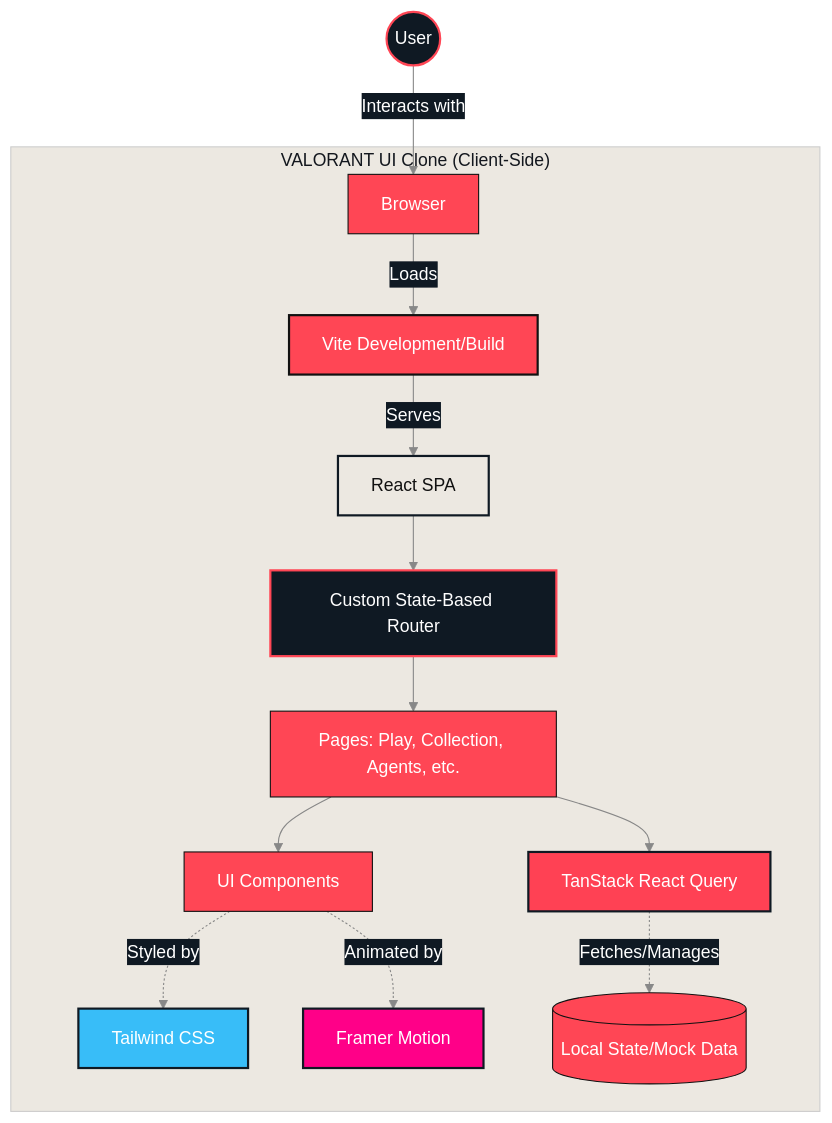
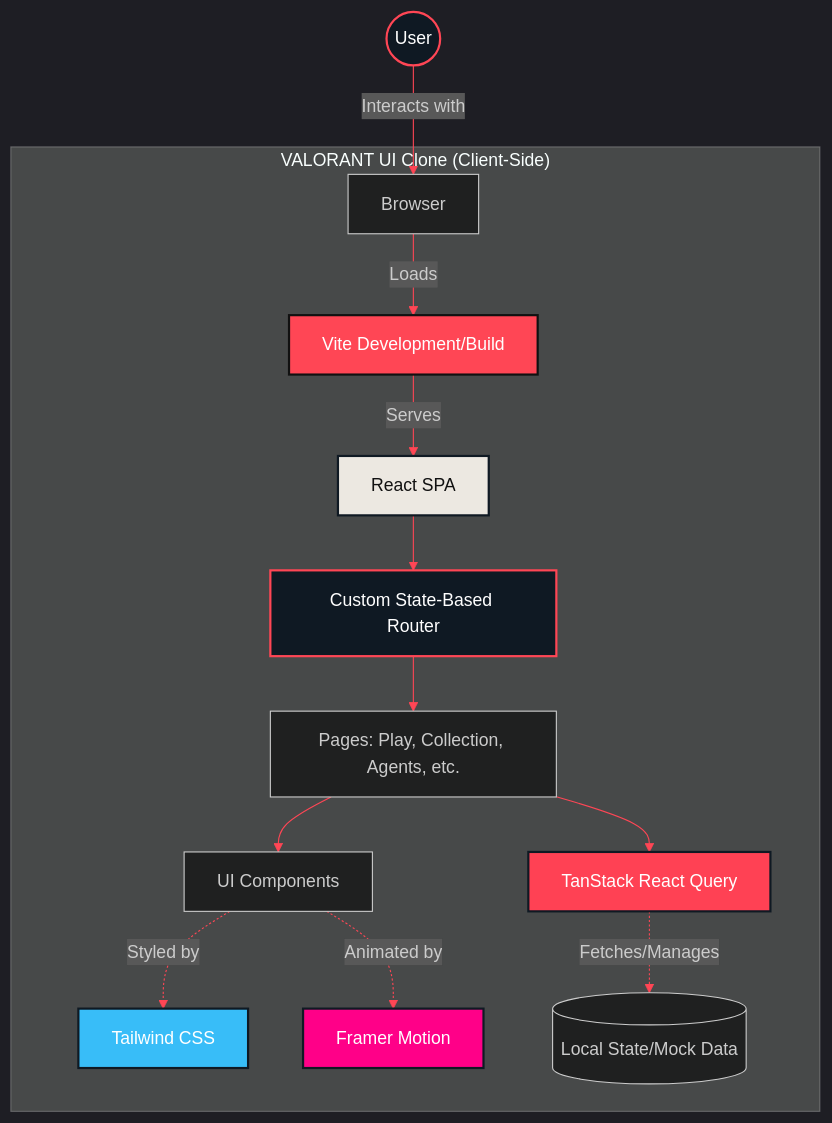
The first of 4 diagrams in README.md (Mr-Nobody003/VALORANT), drawn with Mermaid before and after one commit. The commit also changed other lines of this file, not shown here.

````diff
--- a/README.md
+++ b/README.md
@@ -88,23 +88,23 @@
 ```mermaid
-%%{init: {'theme': 'base', 'themeVariables': { 'primaryColor': '#ff4655', 'primaryTextColor': '#fff', 'primaryBorderColor': '#111', 'lineColor': '#888', 'secondaryColor': '#0f1923', 'tertiaryColor': '#ece8e1'}}}%%
+%%{init: {'theme': 'dark', 'themeVariables': { 'primaryColor': '#ff4655', 'primaryTextColor': '#fff', 'primaryBorderColor': '#111', 'lineColor': '#ff4655', 'secondaryColor': '#0f1923', 'tertiaryColor': '#ece8e1', 'background': '#111111'}}}%%
 graph TD
     User((User)) --> |Interacts with| Browser
     subgraph "VALORANT UI Clone (Client-Side)"
         Browser --> |Loads| Vite[Vite Development/Build]
         Vite --> |Serves| App[React SPA]
         App --> Router[Custom State-Based Router]
         Router --> Pages[Pages: Play, Collection, Agents, etc.]
         Pages --> Components[UI Components]
         Components -.-> |Styled by| Tailwind[Tailwind CSS]
         Components -.-> |Animated by| Framer[Framer Motion]
         Pages --> ReactQuery[TanStack React Query]
         ReactQuery -.-> |Fetches/Manages| LocalData[(Local State/Mock Data)]
     end
     style User fill:#0f1923,stroke:#ff4655,stroke-width:2px,color:#fff
     style Vite fill:#ff4655,stroke:#111,stroke-width:2px,color:#fff
     style App fill:#ece8e1,stroke:#0f1923,stroke-width:2px,color:#111
     style Router fill:#0f1923,stroke:#ff4655,stroke-width:2px,color:#fff
     style Tailwind fill:#38bdf8,stroke:#0f1923,stroke-width:2px,color:#fff
     style Framer fill:#ff0088,stroke:#0f1923,stroke-width:2px,color:#fff
     style ReactQuery fill:#ff4154,stroke:#0f1923,stroke-width:2px,color:#fff
 ```
````
